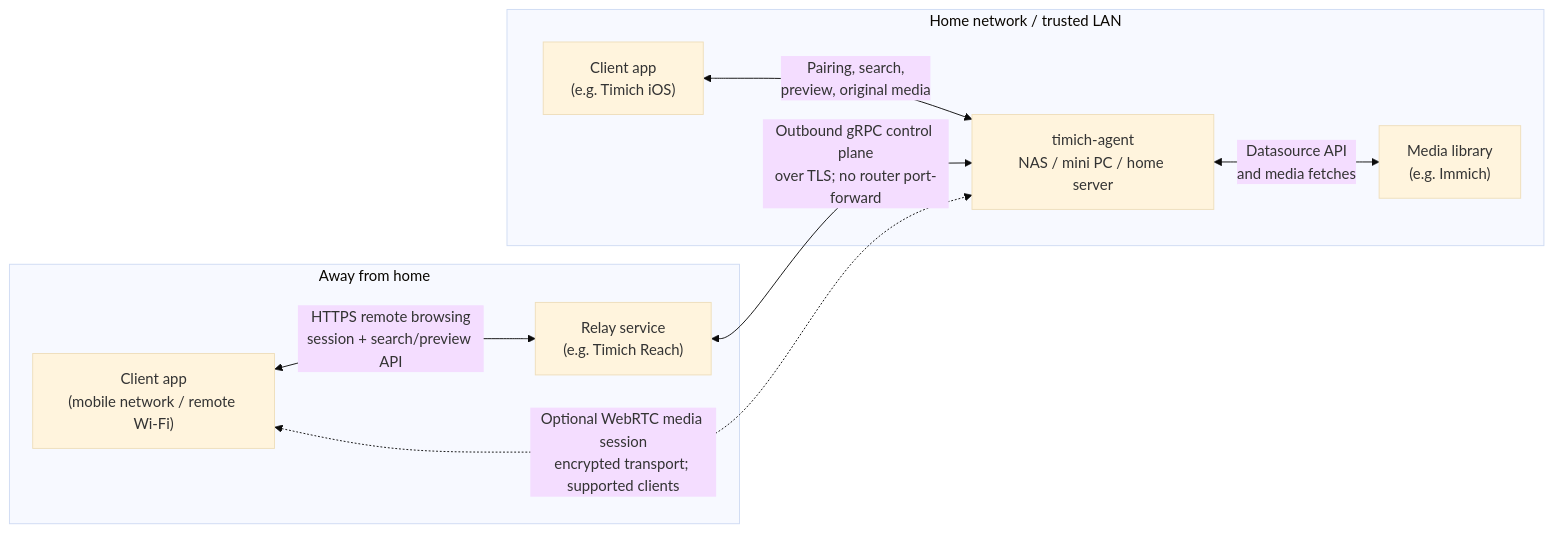
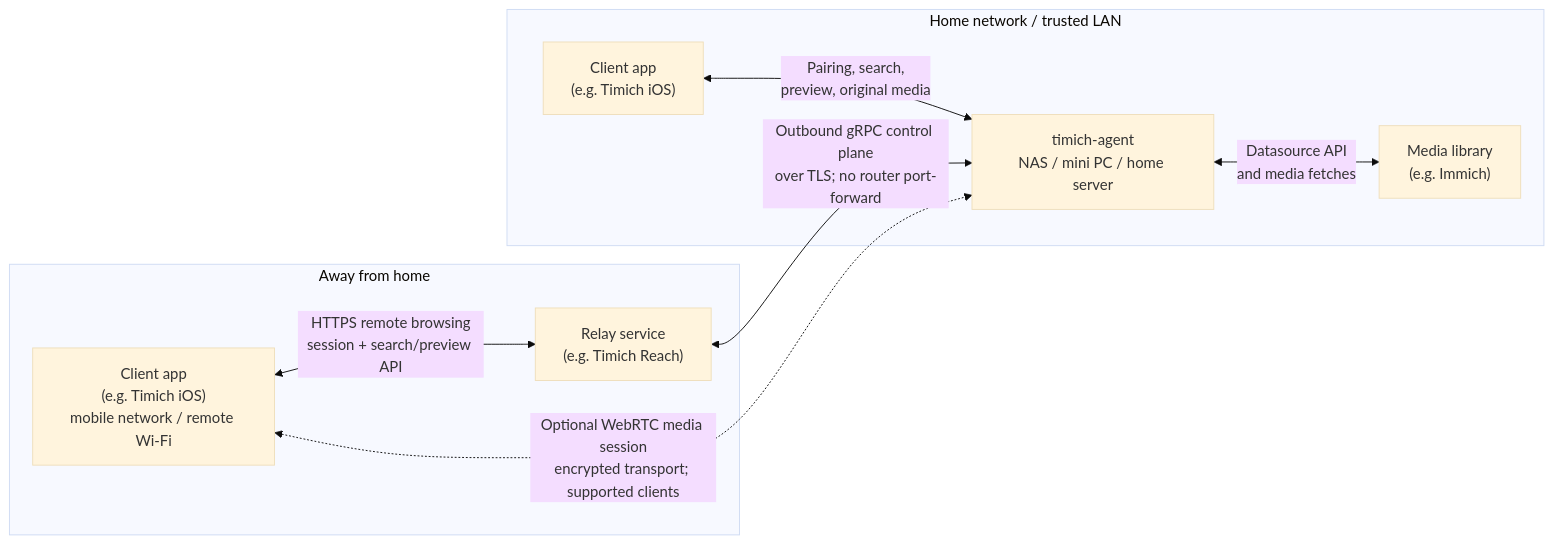
The diagram in README.md (rsahara/timich-agent), drawn with Mermaid (base theme) before and after one commit. The commit also changed other lines of this file and 10 other files, not shown here.

````diff
--- a/README.md
+++ b/README.md
@@ -39,20 +39,20 @@
 ```mermaid
 flowchart LR
   subgraph LAN["Home network / trusted LAN"]
     LocalApp["Client app<br/>(e.g. Timich iOS)"]
     Agent["timich-agent<br/>NAS / mini PC / home server"]
     Library["Media library<br/>(e.g. Immich)"]
 
     LocalApp <-->|"Pairing, search,<br/>preview, original media"| Agent
     Agent <-->|"Datasource API<br/>and media fetches"| Library
   end
 
   subgraph Away["Away from home"]
-    RemoteApp["Client app<br/>(mobile network / remote Wi-Fi)"]
+    RemoteApp["Client app<br/>(e.g. Timich iOS)<br/>mobile network / remote Wi-Fi"]
     Relay["Relay service<br/>(e.g. Timich Reach)"]
   end
 
   RemoteApp <-->|"HTTPS remote browsing<br/>session + search/preview API"| Relay
   Relay <-->|"Outbound gRPC control plane<br/>over TLS; no router port-forward"| Agent
   RemoteApp <-.->|"Optional WebRTC media session<br/>encrypted transport; supported clients"| Agent
 ```
````
